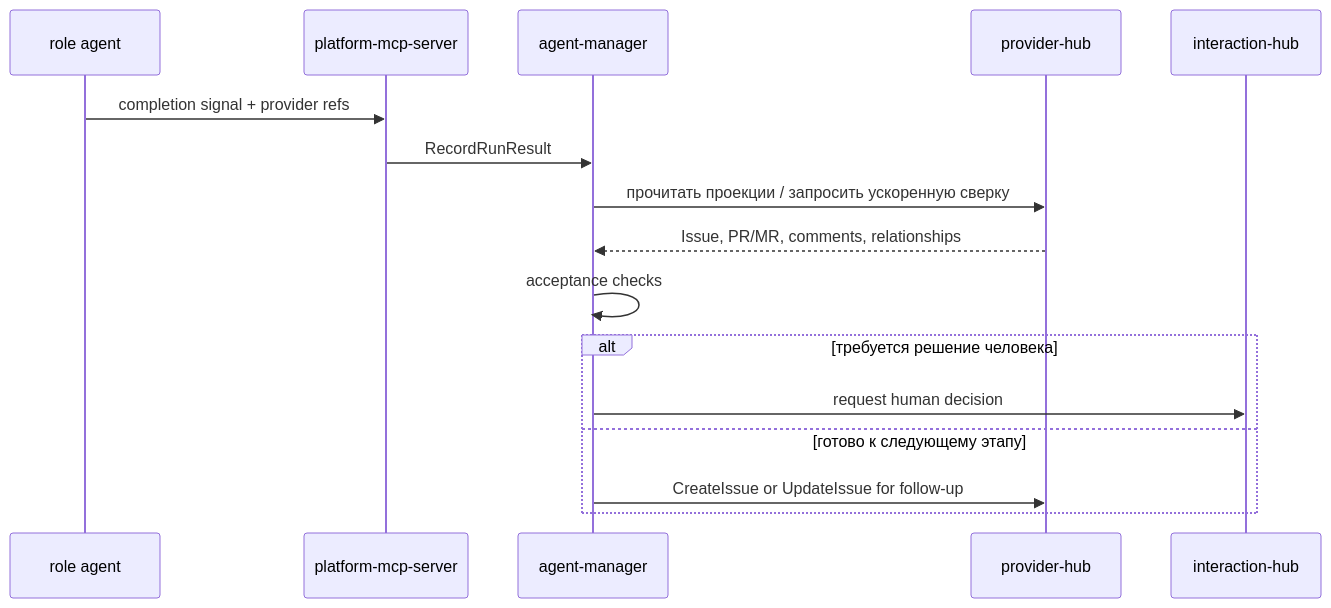
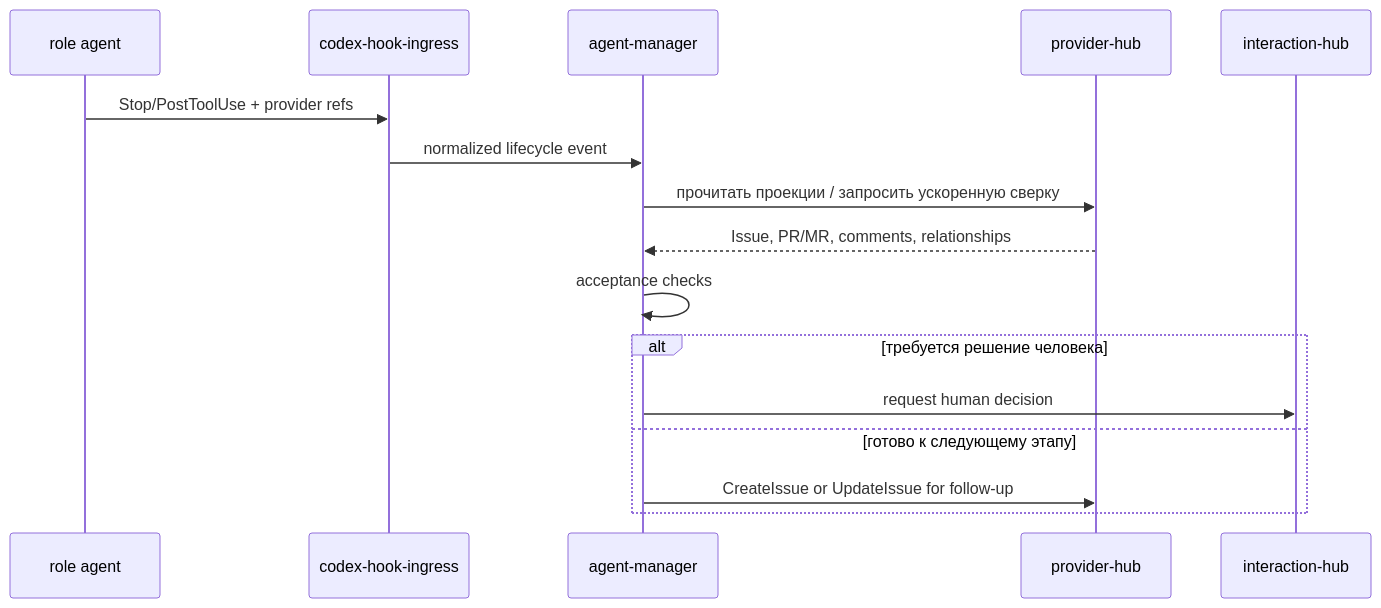
The third of 3 diagrams in docs/domains/agent-orchestration/architecture/design.md (codex-k8s/kodex), drawn with Mermaid before and after one commit. The commit also changed other lines of this file and 4 other files, not shown here.

Commit message:
Address MCP hooks review feedback

````diff
--- a/docs/domains/agent-orchestration/architecture/design.md
+++ b/docs/domains/agent-orchestration/architecture/design.md
@@ -116,18 +117,18 @@
 ```mermaid
 sequenceDiagram
   participant Runner as role agent
-  participant MCP as platform-mcp-server
+  participant Hooks as codex-hook-ingress
   participant AM as agent-manager
   participant PH as provider-hub
   participant IH as interaction-hub
-  Runner->>MCP: completion signal + provider refs
-  MCP->>AM: RecordRunResult
+  Runner->>Hooks: Stop/PostToolUse + provider refs
+  Hooks->>AM: normalized lifecycle event
   AM->>PH: прочитать проекции / запросить ускоренную сверку
   PH-->>AM: Issue, PR/MR, comments, relationships
   AM->>AM: acceptance checks
   alt требуется решение человека
     AM->>IH: request human decision
   else готово к следующему этапу
     AM->>PH: CreateIssue or UpdateIssue for follow-up
   end
 ```
````
